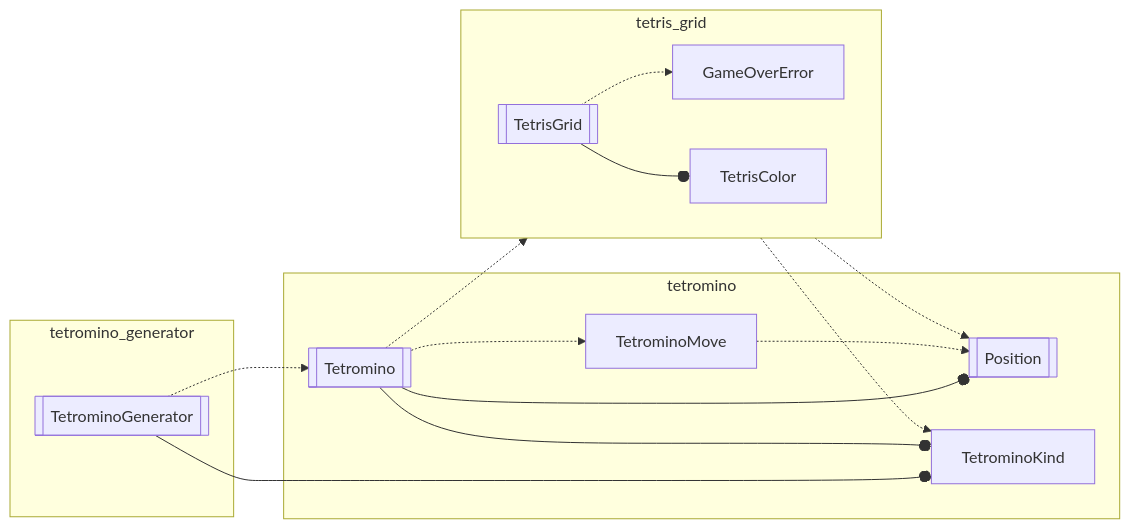
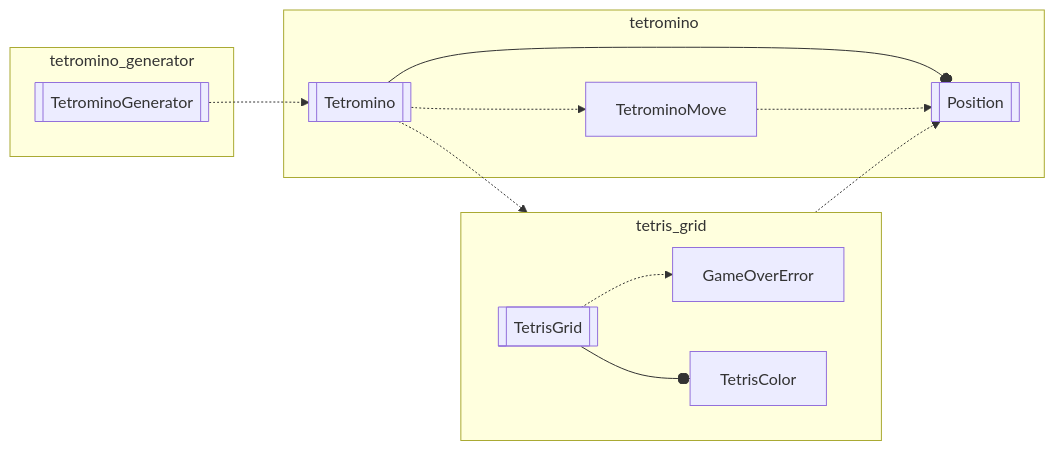
One commit to inesvar/tetris changed the diagram in tetris_core/src/tetris_core.mmd. Above: the diagram before and after it, drawn with Mermaid. The commit also changed 1 other file, not shown here.

Commit message:
Make TetrominoKind private in tetris_core

```diff
--- a/tetris_core/src/tetris_core.mmd
+++ b/tetris_core/src/tetris_core.mmd
@@ -1,33 +1,30 @@
 graph LR
     %% objects
     TetrominoMove[TetrominoMove]
     TetrisGrid[[TetrisGrid]]
     GameOverError[GameOverError]
     Tetromino[[Tetromino]]
     Position[[Position]]
-    TetrominoKind[TetrominoKind]
     TetrisColor[TetrisColor]
     TetrominoGenerator[[TetrominoGenerator]]
 
     subgraph tetromino_generator
         TetrominoGenerator
     end
-    TetrominoGenerator --o TetrominoKind
+    TetrominoGenerator
     TetrominoGenerator -.-> Tetromino
 
     subgraph tetromino
-        Tetromino --o TetrominoKind
         Tetromino --o Position
         TetrominoMove -.-> Position
         Tetromino -.-> TetrominoMove
     end
 
     subgraph tetris_grid
         direction LR
         TetrisGrid -.-> GameOverError
         TetrisGrid --o TetrisColor
     end
 
     Tetromino -.-> tetris_grid
     TetrisGrid -.-> Position
-    TetrisColor -.-> TetrominoKind
```
